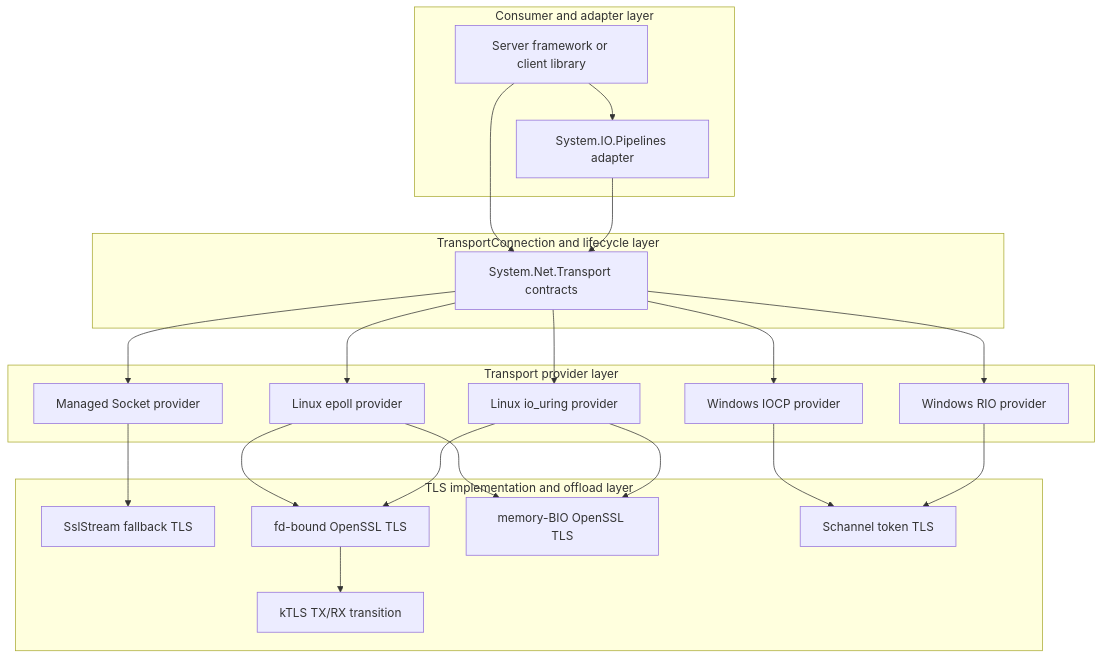
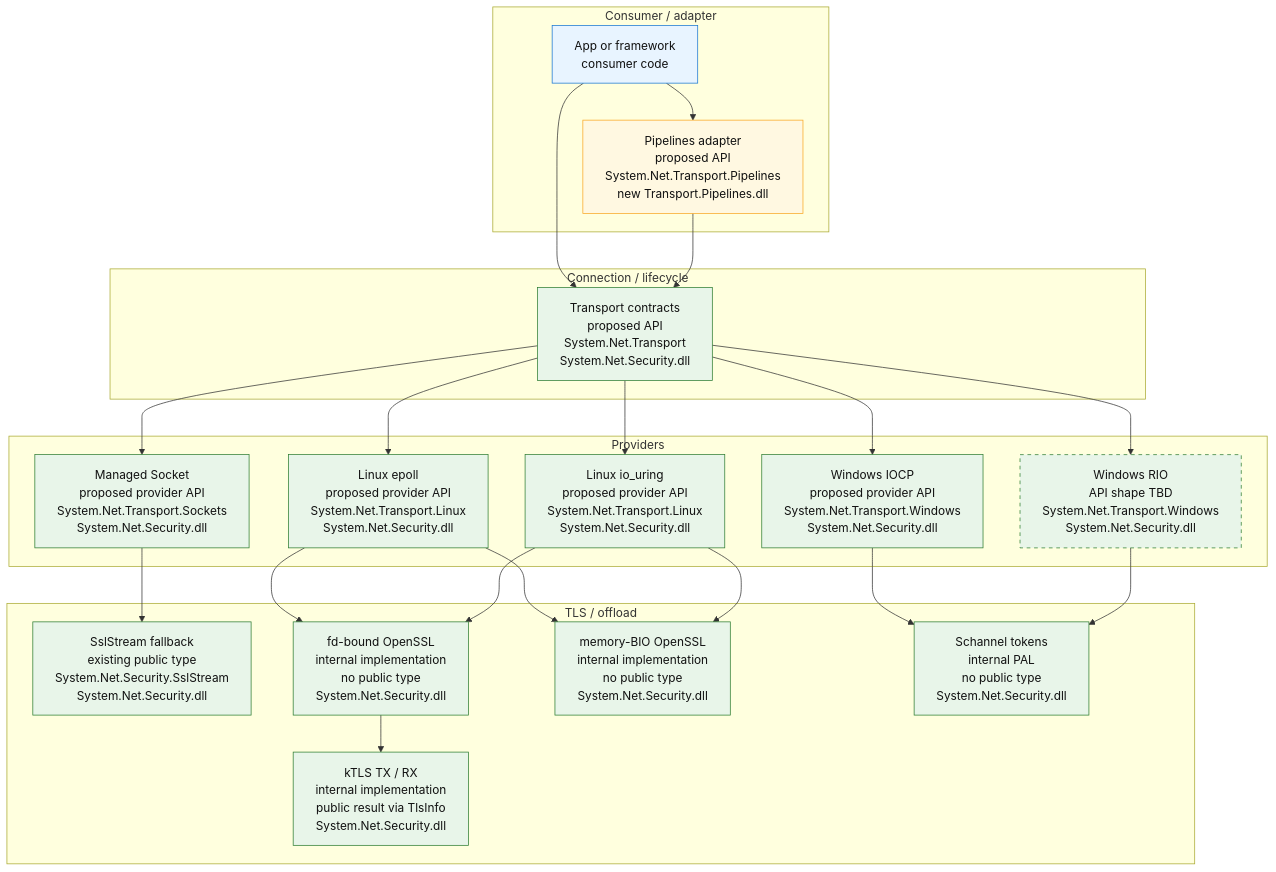
The diagram in README.md (DeagleGross/Network-Transport-Experiments), drawn with Mermaid before and after one commit. The commit also changed other lines of this file and 1 other file, not shown here.

Commit message:
prettify

````diff
--- a/README.md
+++ b/README.md
@@ -124,44 +124,54 @@
 ```mermaid
 flowchart TD
-    subgraph ConsumerLayer["Consumer and adapter layer"]
-        App[Server framework or client library]
-        Pipe[System.IO.Pipelines adapter]
+    subgraph ConsumerLayer["Consumer / adapter"]
+        App["App or framework<br/>consumer code"]
+        Pipe["Pipelines adapter<br/>proposed API<br/>System.Net.Transport.Pipelines<br/>new Transport.Pipelines.dll"]
     end
 
-    subgraph ConnectionLayer["TransportConnection and lifecycle layer"]
-        Core[System.Net.Transport contracts]
+    subgraph ConnectionLayer["Connection / lifecycle"]
+        Core["Transport contracts<br/>proposed API<br/>System.Net.Transport<br/>System.Net.Security.dll"]
     end
 
-    subgraph ProviderLayer["Transport provider layer"]
-        SocketProvider[Managed Socket provider]
-        EpollProvider[Linux epoll provider]
-        UringProvider[Linux io_uring provider]
-        IocpProvider[Windows IOCP provider]
-        RioProvider[Windows RIO provider]
+    subgraph ProviderLayer["Providers"]
+        SocketProvider["Managed Socket<br/>proposed provider API<br/>System.Net.Transport.Sockets<br/>System.Net.Security.dll"]
+        EpollProvider["Linux epoll<br/>proposed provider API<br/>System.Net.Transport.Linux<br/>System.Net.Security.dll"]
+        UringProvider["Linux io_uring<br/>proposed provider API<br/>System.Net.Transport.Linux<br/>System.Net.Security.dll"]
+        IocpProvider["Windows IOCP<br/>proposed provider API<br/>System.Net.Transport.Windows<br/>System.Net.Security.dll"]
+        RioProvider["Windows RIO<br/>API shape TBD<br/>System.Net.Transport.Windows<br/>System.Net.Security.dll"]
     end
 
-    subgraph TlsImplementationLayer["TLS implementation and offload layer"]
-        Ssl[SslStream fallback TLS]
-        FdTls[fd-bound OpenSSL TLS]
-        BioTls[memory-BIO OpenSSL TLS]
-        Schannel[Schannel token TLS]
-        Ktls[kTLS TX/RX transition]
+    subgraph TlsImplementationLayer["TLS / offload"]
+        Ssl["SslStream fallback<br/>existing public type<br/>System.Net.Security.SslStream<br/>System.Net.Security.dll"]
+        FdTls["fd-bound OpenSSL<br/>internal implementation<br/>no public type<br/>System.Net.Security.dll"]
+        BioTls["memory-BIO OpenSSL<br/>internal implementation<br/>no public type<br/>System.Net.Security.dll"]
+        Schannel["Schannel tokens<br/>internal PAL<br/>no public type<br/>System.Net.Security.dll"]
+        Ktls["kTLS TX / RX<br/>internal implementation<br/>public result via TlsInfo<br/>System.Net.Security.dll"]
     end
 
     App --> Core
     App --> Pipe
     Pipe --> Core
     Core --> SocketProvider
     Core --> EpollProvider
     Core --> UringProvider
     Core --> IocpProvider
     Core --> RioProvider
     SocketProvider --> Ssl
     EpollProvider --> FdTls
     EpollProvider --> BioTls
     UringProvider --> FdTls
     UringProvider --> BioTls
     IocpProvider --> Schannel
     RioProvider --> Schannel
     FdTls --> Ktls
+
+    classDef consumer fill:#e8f4ff,stroke:#1976d2,color:#111
+    classDef existingAssembly fill:#e8f5e9,stroke:#2e7d32,color:#111
+    classDef newAssembly fill:#fff8e1,stroke:#f9a825,color:#111
+    classDef existingAssemblyTbd fill:#e8f5e9,stroke:#2e7d32,stroke-dasharray: 5 5,color:#111
+
+    class App consumer
+    class Pipe newAssembly
+    class Core,SocketProvider,EpollProvider,UringProvider,IocpProvider,Ssl,FdTls,BioTls,Schannel,Ktls existingAssembly
+    class RioProvider existingAssemblyTbd
 ```
````
